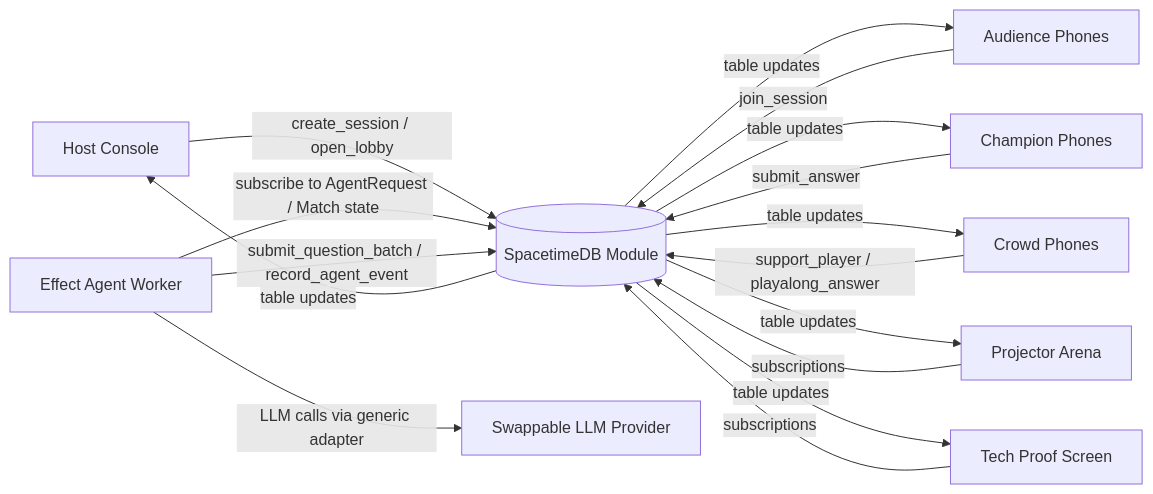
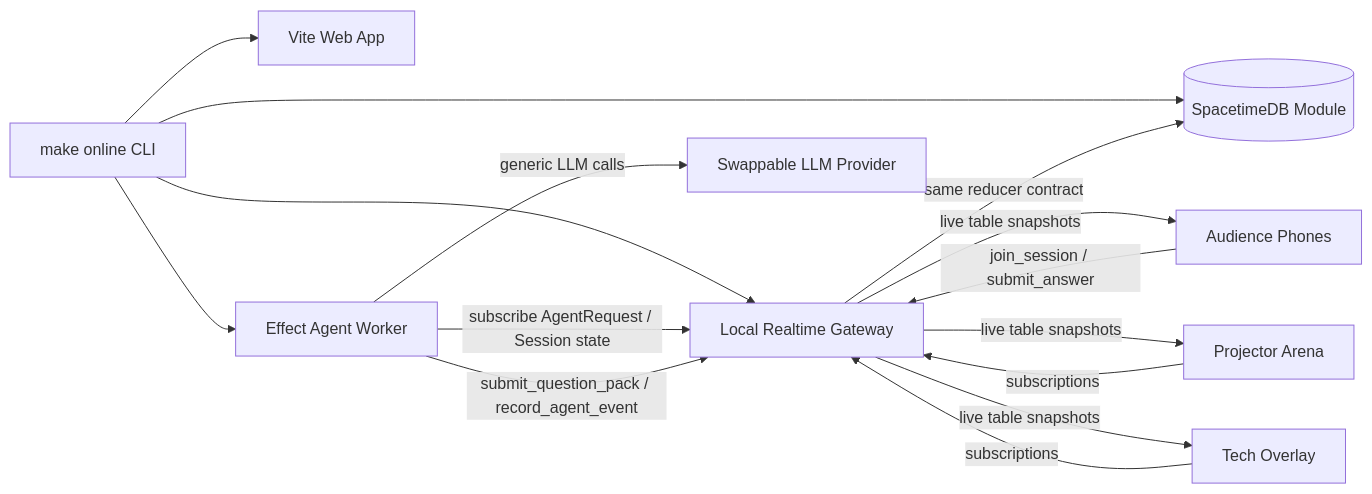
One commit to roshaninfordham/quizel changed the diagram in README.md. Above: the diagram before and after it, drawn with Mermaid. The commit also changed other lines of this file and 76 other files, not shown here.

````diff
--- a/README.md
+++ b/README.md
@@ -166,20 +60,20 @@
 ```mermaid
 flowchart LR
-    Host[Host Console] -->|create_session / open_lobby| STDB[(SpacetimeDB Module)]
-    PhoneJoin[Audience Phones] -->|join_session| STDB
-    PlayerPhones[Champion Phones] -->|submit_answer| STDB
-    CrowdPhones[Crowd Phones] -->|support_player / playalong_answer| STDB
-    Projector[Projector Arena] -->|subscriptions| STDB
-    Tech[Tech Proof Screen] -->|subscriptions| STDB
+    Terminal[make online CLI] --> STDB[(SpacetimeDB Module)]
+    Terminal --> Web[Vite Web App]
+    Terminal --> Worker[Effect Agent Worker]
+    Terminal --> Gateway[Local Realtime Gateway]
 
-    STDB -->|table updates| Host
-    STDB -->|table updates| PhoneJoin
-    STDB -->|table updates| PlayerPhones
-    STDB -->|table updates| CrowdPhones
-    STDB -->|table updates| Projector
-    STDB -->|table updates| Tech
+    Phones[Audience Phones] -->|join_session / submit_answer| Gateway
+    Projector[Projector Arena] -->|subscriptions| Gateway
+    Tech[Tech Overlay] -->|subscriptions| Gateway
 
-    Worker[Effect Agent Worker] -->|subscribe to AgentRequest / Match state| STDB
-    Worker -->|LLM calls via generic adapter| LLM[Swappable LLM Provider]
-    Worker -->|submit_question_batch / record_agent_event| STDB
+    Gateway -->|same reducer contract| STDB
+    Worker -->|subscribe AgentRequest / Session state| Gateway
+    Worker -->|generic LLM calls| LLM[Swappable LLM Provider]
+    Worker -->|submit_question_pack / record_agent_event| Gateway
+
+    Gateway -->|live table snapshots| Phones
+    Gateway -->|live table snapshots| Projector
+    Gateway -->|live table snapshots| Tech
 ```
````
